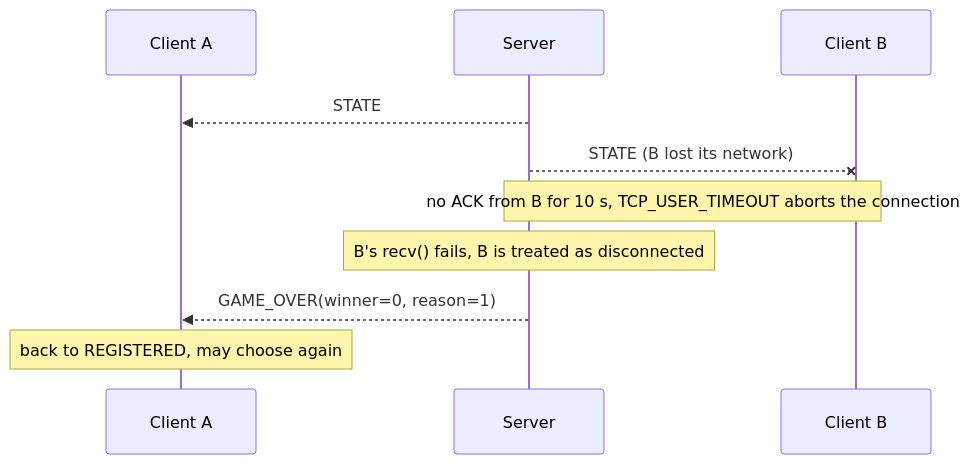
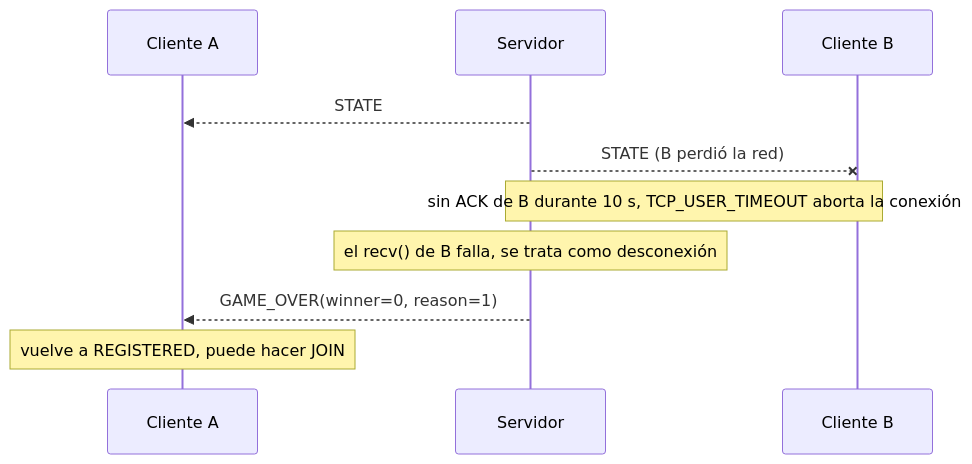
One commit to mgarciac10/ProyectoN1-Pong changed the fourth of 4 diagrams in README.md. Above: the diagram before and after it, drawn with Mermaid. The commit also changed other lines of this file, not shown here.

````diff
--- a/README.md
+++ b/README.md
@@ -408,12 +365,12 @@
 ```mermaid
 sequenceDiagram
-    participant A as Client A
-    participant S as Server
-    participant B as Client B
+    participant A as Cliente A
+    participant S as Servidor
+    participant B as Cliente B
     S-->>A: STATE
-    S--xB: STATE (B lost its network)
-    Note over S,B: no ACK from B for 10 s, TCP_USER_TIMEOUT aborts the connection
-    Note over S: B's recv() fails, B is treated as disconnected
+    S--xB: STATE (B perdió la red)
+    Note over S,B: sin ACK de B durante 10 s, TCP_USER_TIMEOUT aborta la conexión
+    Note over S: el recv() de B falla, se trata como desconexión
     S-->>A: GAME_OVER(winner=0, reason=1)
-    Note over A: back to REGISTERED, may choose again
+    Note over A: vuelve a REGISTERED, puede hacer JOIN
 ```
````
